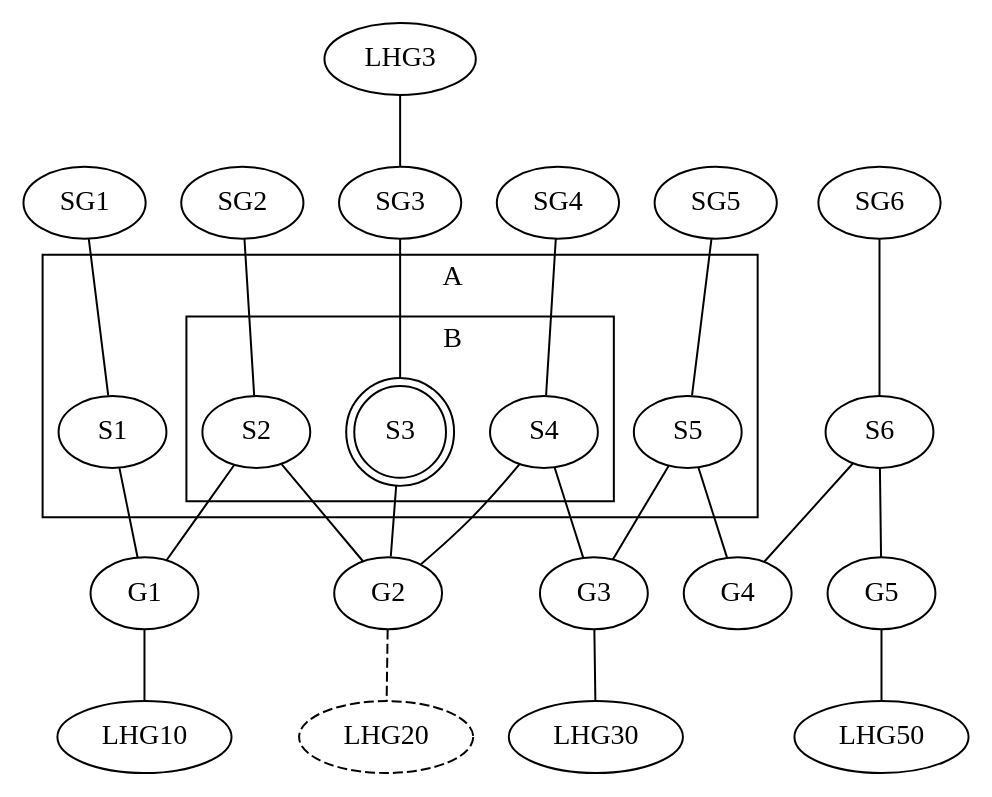
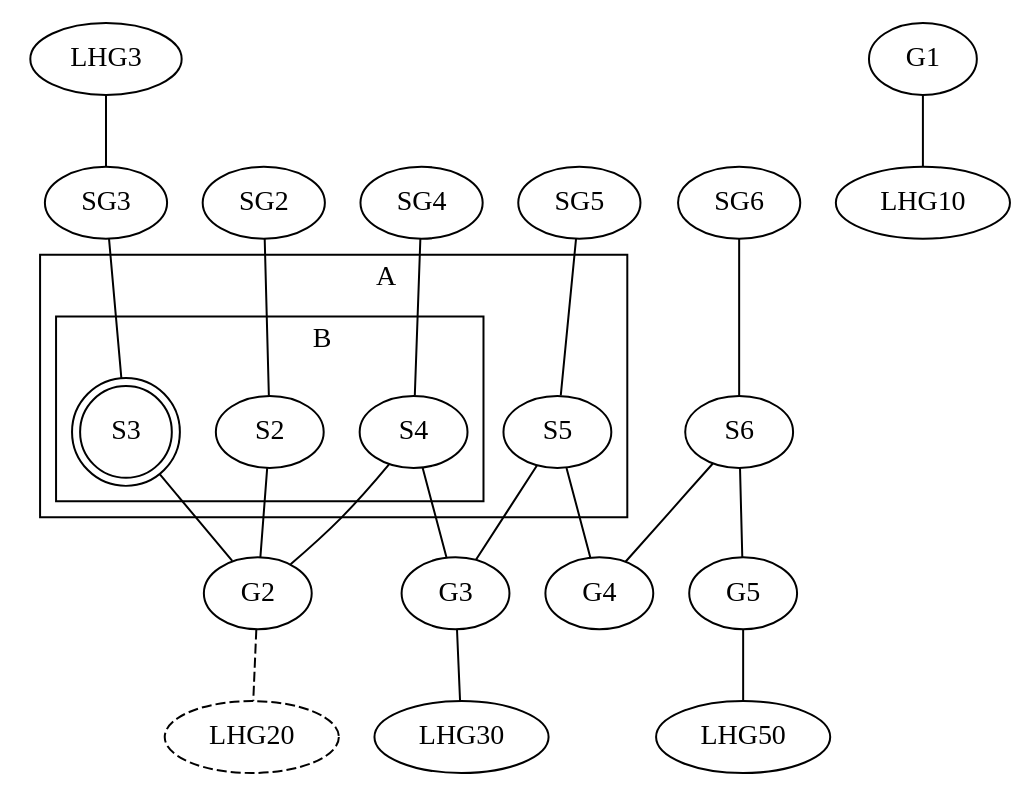
The diagram in report/fig/labgroup/strict_proof.dot (water/resources), drawn with Graphviz before and after one commit. The commit also changed 1 other file, not shown here.

```diff
--- a/report/fig/labgroup/strict_proof.dot
+++ b/report/fig/labgroup/strict_proof.dot
@@ -1,53 +1,48 @@
 graph G {
   /* Startgroups and it's repos */
   LHG3  -- SG3
-  SG1 -- S1
   SG2 -- S2
   SG3 -- S3
   SG4 -- S4
   SG5 -- S5
   SG6 -- S6
 
   /* Labgroups */
-  S1 -- G1
-  S2 -- G1
-
   S2 -- G2
   S3 -- G2
   S4 -- G2
 
   S4 -- G3
   S5 -- G3
 
   S5 -- G4
   S6 -- G4
 
   S6 -- G5
   
   /* The sets A and B */
   subgraph cluster_A {
-    S1
     S2
     S3
     S4
     S5
     label = "                A"
 
     subgraph cluster_B {
       S2
       S3
       S4
       label = "                B"
     }
   }
 
   /* Repos */
   G1 -- LHG10
   G2 -- LHG20 [style=dashed]
   G3 -- LHG30
   G5 -- LHG50
 
   /* Bonus properties */ 
   S3 [shape = doublecircle] 
   LHG20 [style=dashed]
 }
```
